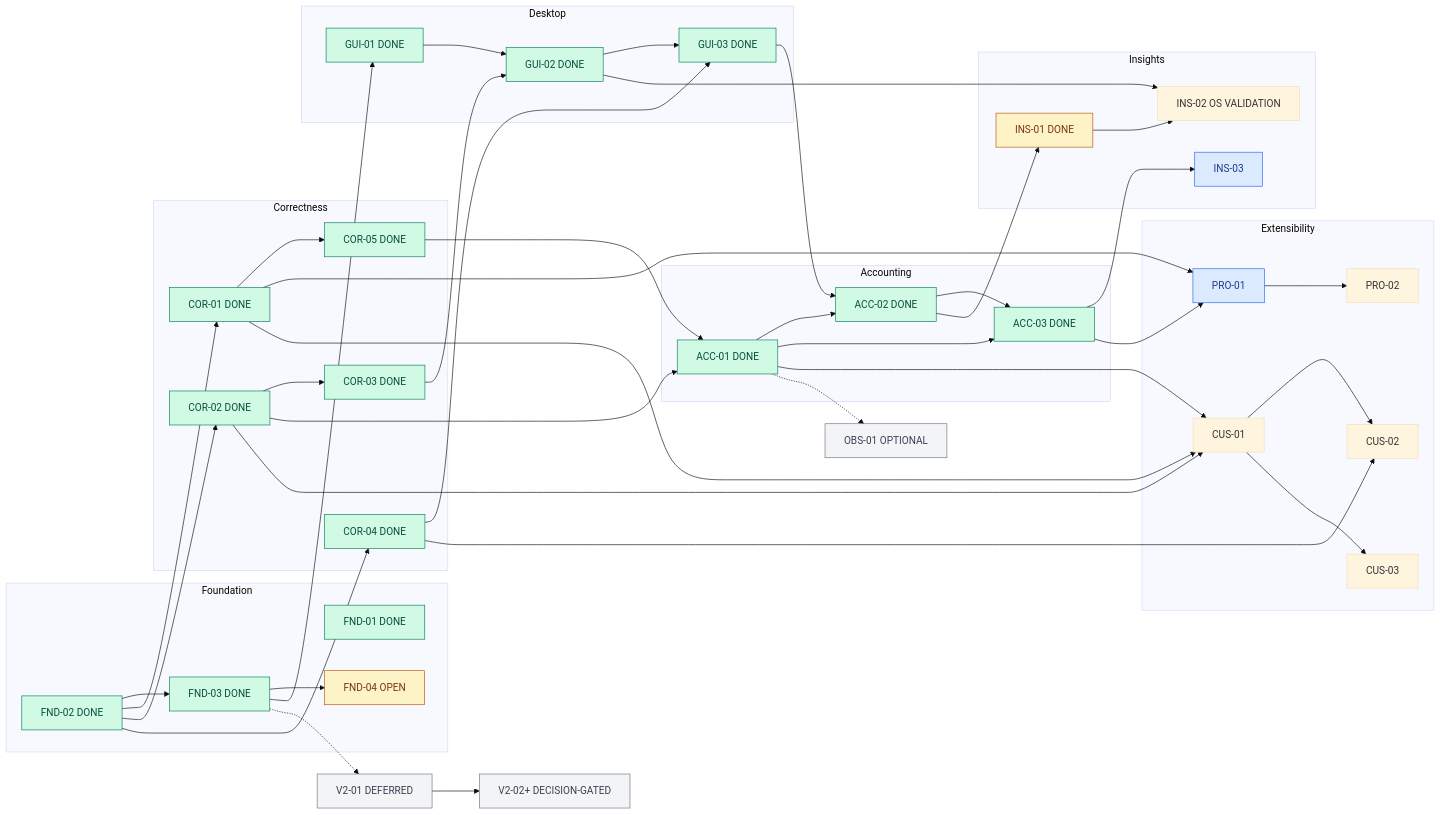
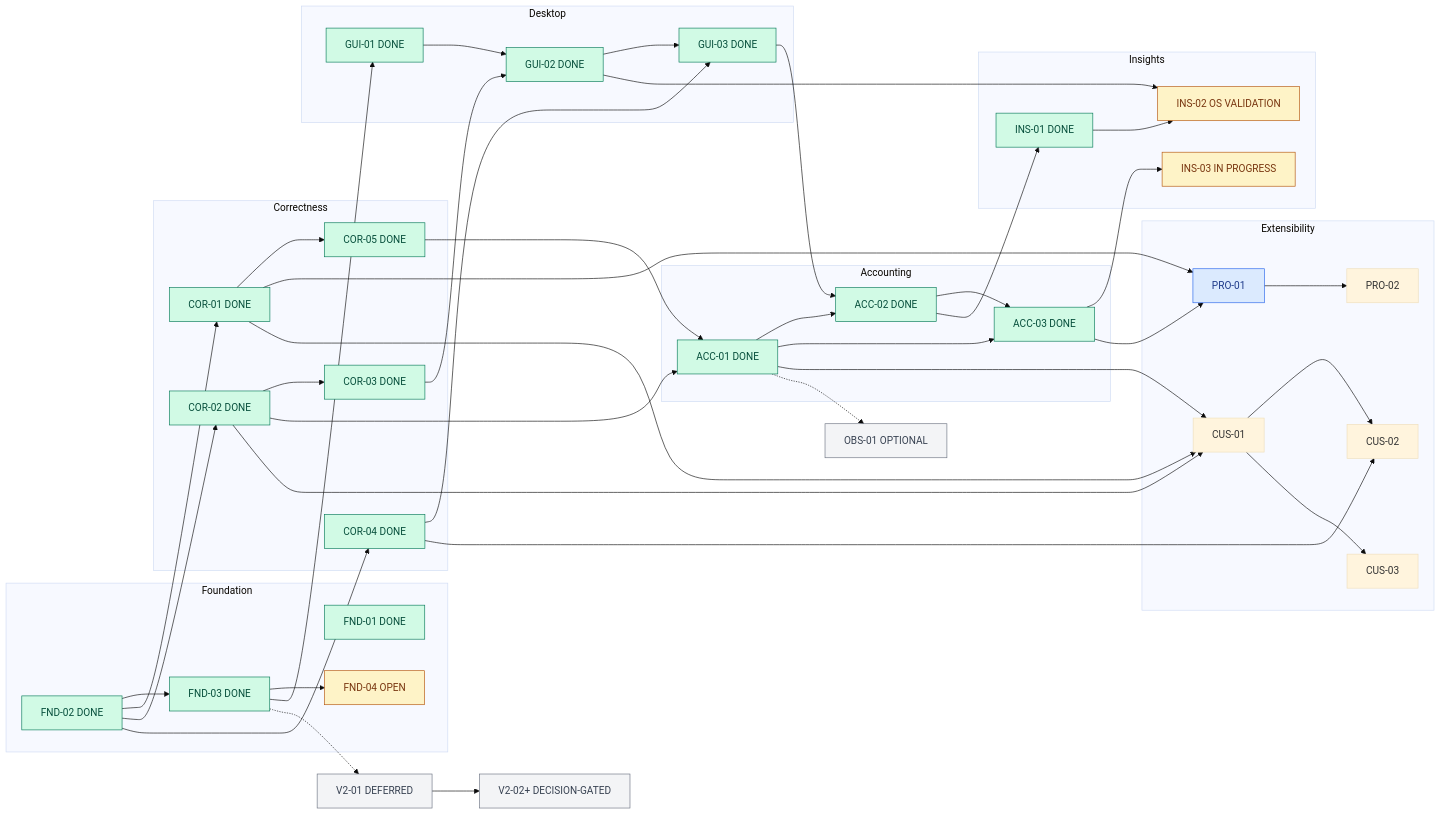
Before and after one commit to slkiser/opencode-quota: the second of 2 diagrams in docs/UPSTREAM_DELIVERY_PLAN.md, drawn with Mermaid (base theme). The commit also changed other lines of this file and 24 other files, not shown here.

````diff
--- a/docs/UPSTREAM_DELIVERY_PLAN.md
+++ b/docs/UPSTREAM_DELIVERY_PLAN.md
@@ -182,58 +182,58 @@
 ```mermaid
 flowchart LR
   subgraph Foundation
     F01["FND-01 DONE"]
     F02["FND-02 DONE"] --> F03["FND-03 DONE"]
     F03 --> F04["FND-04 OPEN"]
   end
   subgraph Correctness
     F02 --> C01["COR-01 DONE"]
     F02 --> C02["COR-02 DONE"]
     C02 --> C03["COR-03 DONE"]
     F02 --> C04["COR-04 DONE"]
     C01 --> C05["COR-05 DONE"]
   end
   subgraph Desktop
     F03 --> G01["GUI-01 DONE"]
     G01 --> G02["GUI-02 DONE"]
     C03 --> G02
     G02 --> G03["GUI-03 DONE"]
     C04 --> G03
   end
   subgraph Accounting
     C02 --> A01["ACC-01 DONE"]
     C05 --> A01
     A01 --> A02["ACC-02 DONE"]
     G03 --> A02
     A01 --> A03["ACC-03 DONE"]
     A02 --> A03
   end
   subgraph Insights
     A02 --> I01["INS-01 DONE"]
     I01 --> I02["INS-02 OS VALIDATION"]
     G02 --> I02
-    A03 --> I03["INS-03"]
+    A03 --> I03["INS-03 IN PROGRESS"]
   end
   subgraph Extensibility
     A03 --> P01["PRO-01"]
     C01 --> P01
     P01 --> P02["PRO-02"]
     A01 --> U01["CUS-01"]
     C01 --> U01
     C02 --> U01
     U01 --> U02["CUS-02"]
     C04 --> U02
     U01 --> U03["CUS-03"]
   end
   A01 -.-> O01["OBS-01 OPTIONAL"]
   F03 -.-> V01["V2-01 DEFERRED"]
   V01 --> V02["V2-02+ DECISION-GATED"]
   classDef done fill:#d1fae5,stroke:#047857,color:#064e3b;
   classDef active fill:#fef3c7,stroke:#b45309,color:#78350f;
   classDef ready fill:#dbeafe,stroke:#2563eb,color:#1e3a8a;
   classDef optional fill:#f3f4f6,stroke:#6b7280,color:#374151;
-  class F01,F02,F03,C01,C02,C03,C04,C05,G01,G02,G03,A01,A02,A03 done;
-  class F04,I01 active;
-  class I03,P01 ready;
+  class F01,F02,F03,C01,C02,C03,C04,C05,G01,G02,G03,A01,A02,A03,I01 done;
+  class F04,I02,I03 active;
+  class P01 ready;
   class O01,V01,V02 optional;
 ```
````
